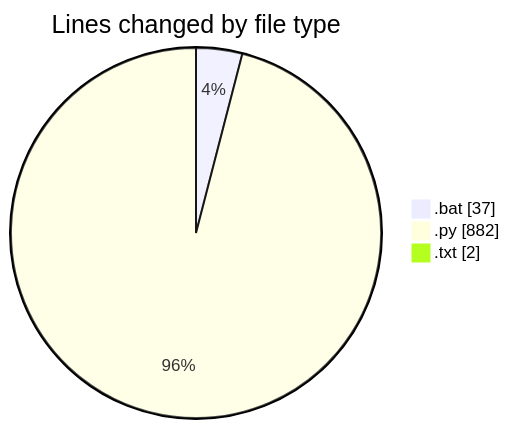
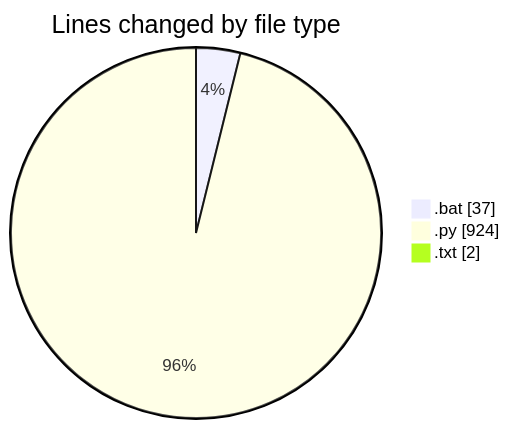
Before and after one commit to FelipKnott/code-tracking: the first of 2 diagrams in 2025-07-04/cursor/README.md, drawn with Mermaid. The commit also changed other lines of this file and 1 other file, not shown here.

````diff
--- a/2025-07-04/cursor/README.md
+++ b/2025-07-04/cursor/README.md
@@ -35,7 +35,7 @@
 ```mermaid
 pie showData
 title Lines changed by file type
 ".bat" : 37
-".py" : 882
+".py" : 924
 ".txt" : 2
 ```
````
